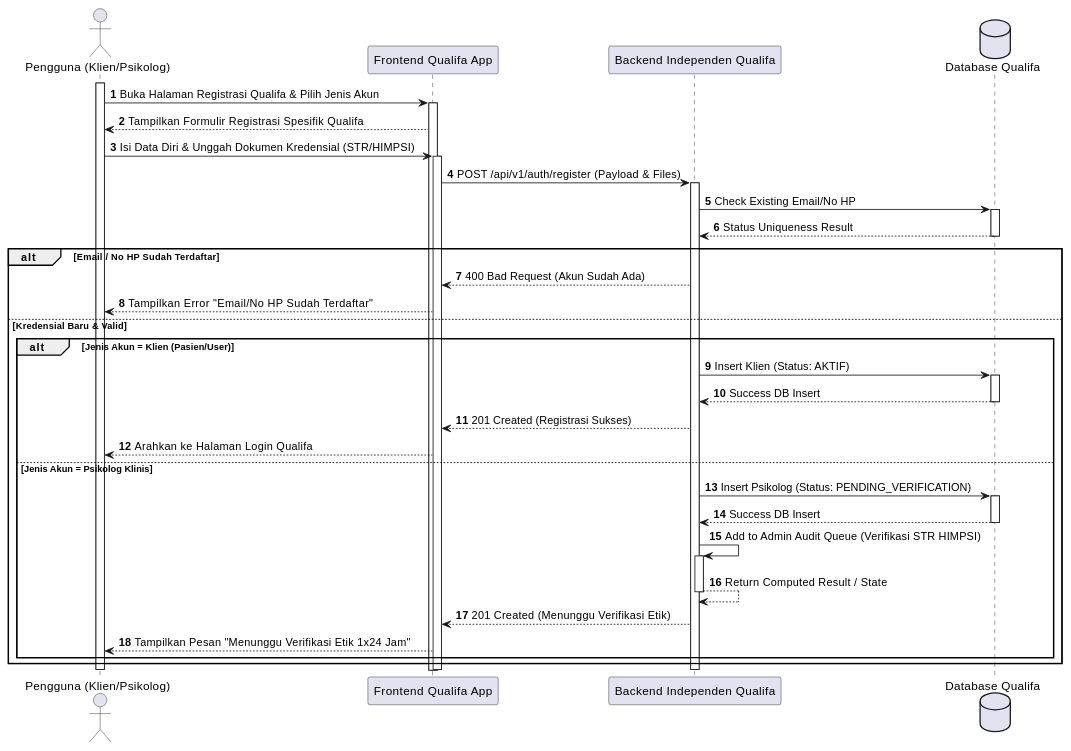
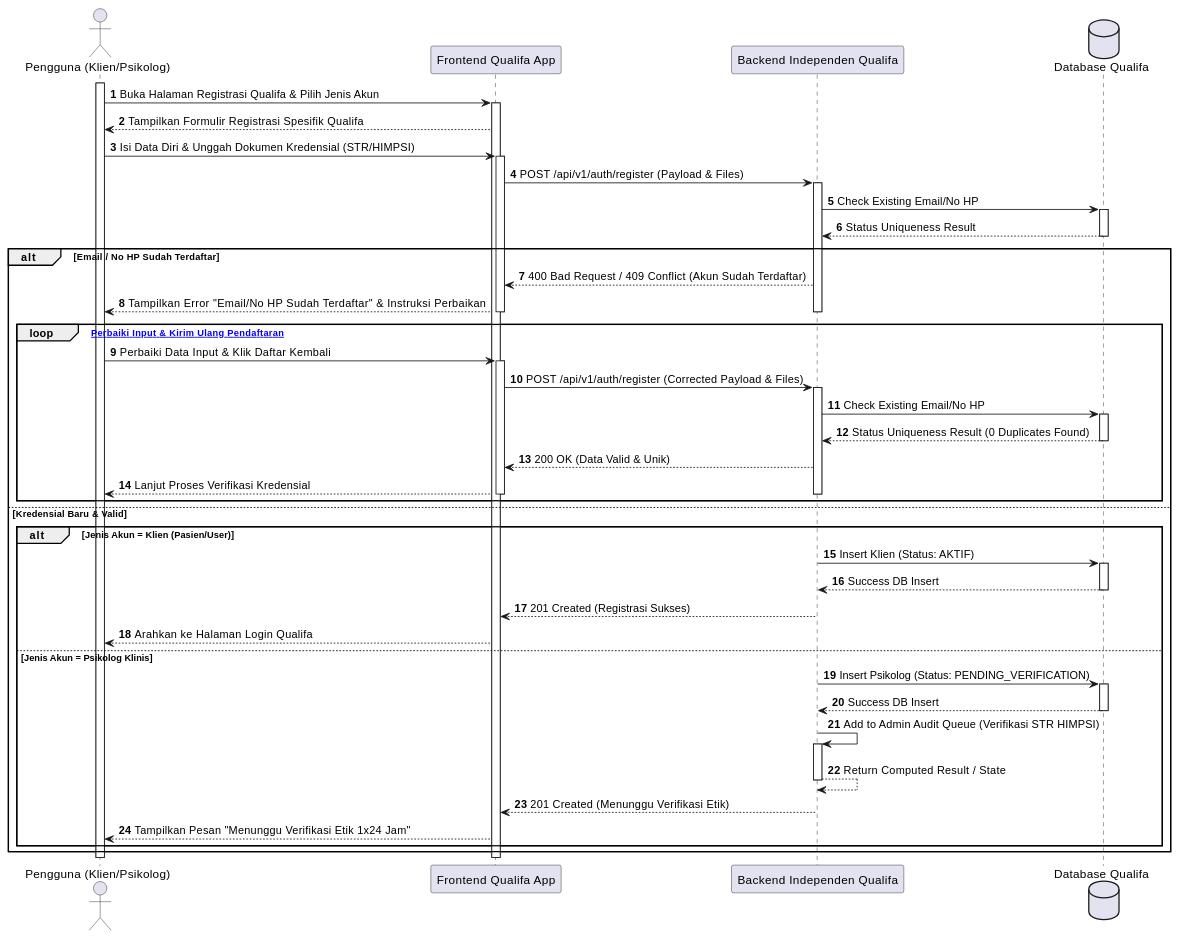
One commit to tupperwureism/SuperApp-Gagal changed diagram 16 of 27 in MarkDown/plantuml_sequence_diagrams.md. Above: the diagram before and after it, drawn with PlantUML. The commit also changed other lines of this file, not shown here.

Commit message:
fix(uml): ensure 100% loop and alt enclosure parity across all 11 sequence diagrams

````diff
--- a/MarkDown/plantuml_sequence_diagrams.md
+++ b/MarkDown/plantuml_sequence_diagrams.md
@@ -843,40 +896,53 @@
 ```plantuml
 @startuml
 autonumber
 actor "Pengguna (Klien/Psikolog)" as User
 participant "Frontend Qualifa App" as FE
 participant "Backend Independen Qualifa" as BE
 database "Database Qualifa" as DB
 
 activate User
 User -> FE ++ : Buka Halaman Registrasi Qualifa & Pilih Jenis Akun
 FE --> User : Tampilkan Formulir Registrasi Spesifik Qualifa
 User -> FE ++ : Isi Data Diri & Unggah Dokumen Kredensial (STR/HIMPSI)
 FE -> BE ++ : POST /api/v1/auth/register (Payload & Files)
 
 BE -> DB ++ : Check Existing Email/No HP
 DB --> BE -- : Status Uniqueness Result
 
 alt Email / No HP Sudah Terdaftar
-    BE --> FE : 400 Bad Request (Akun Sudah Ada)
-    FE --> User : Tampilkan Error "Email/No HP Sudah Terdaftar"
+    BE --> FE : 400 Bad Request / 409 Conflict (Akun Sudah Terdaftar)
+    FE --> User : Tampilkan Error "Email/No HP Sudah Terdaftar" & Instruksi Perbaikan
+    deactivate BE
+    deactivate FE
+    
+    loop [Coba Perbaiki Input & Kirim Ulang Pendaftaran]
+        User -> FE ++ : Perbaiki Data Input & Klik Daftar Kembali
+        FE -> BE ++ : POST /api/v1/auth/register (Corrected Payload & Files)
+        BE -> DB ++ : Check Existing Email/No HP
+        DB --> BE -- : Status Uniqueness Result (0 Duplicates Found)
+        BE --> FE : 200 OK (Data Valid & Unik)
+        FE --> User : Lanjut Proses Verifikasi Kredensial
+        deactivate BE
+        deactivate FE
+    end
 else Kredensial Baru & Valid
     alt Jenis Akun = Klien (Pasien/User)
         BE -> DB ++ : Insert Klien (Status: AKTIF)
         DB --> BE -- : Success DB Insert
         BE --> FE : 201 Created (Registrasi Sukses)
         FE --> User : Arahkan ke Halaman Login Qualifa
     else Jenis Akun = Psikolog Klinis
         BE -> DB ++ : Insert Psikolog (Status: PENDING_VERIFICATION)
         DB --> BE -- : Success DB Insert
         BE -> BE ++ : Add to Admin Audit Queue (Verifikasi STR HIMPSI)
         BE --> BE -- : Return Computed Result / State
         BE --> FE : 201 Created (Menunggu Verifikasi Etik)
         FE --> User : Tampilkan Pesan "Menunggu Verifikasi Etik 1x24 Jam"
     end
 end
 deactivate BE
 deactivate FE
 deactivate User
 @enduml
 ```
````
